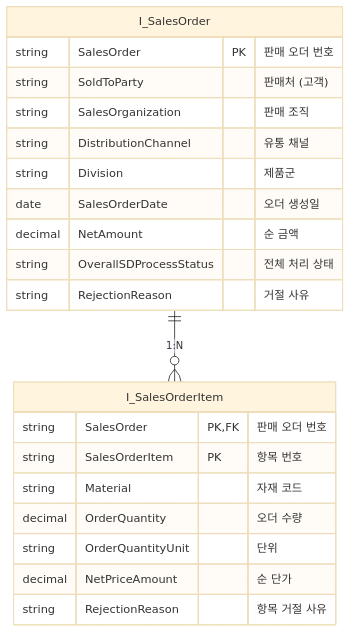
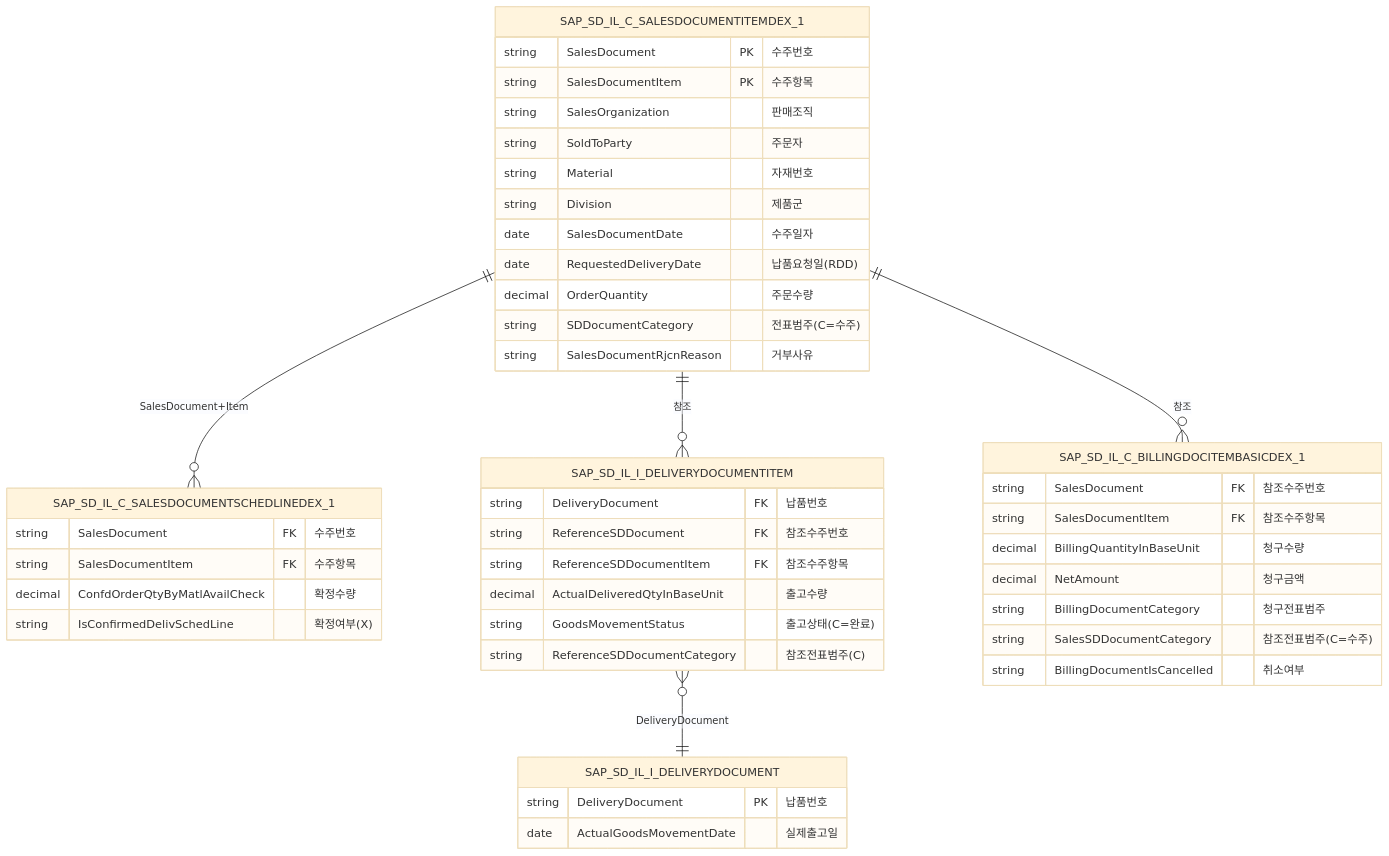
The second of 4 diagrams in labs/lab4b-cdsv-fact-view-am.md (youngseols925/sap-datasphere-bdc-workshop), drawn with Mermaid (base theme) before and after one commit. The commit also changed other lines of this file and 2 other files, not shown here.

First line of the commit message:
docs: CSN 기반 objects-reference/lab4a/lab4b 전면 보강

````diff
--- a/labs/lab4b-cdsv-fact-view-am.md
+++ b/labs/lab4b-cdsv-fact-view-am.md
@@ -55,24 +57,48 @@
 ```mermaid
 erDiagram
-    I_SalesOrder ||--o{ I_SalesOrderItem : "1:N"
-    I_SalesOrder {
-        string SalesOrder PK "판매 오더 번호"
-        string SoldToParty "판매처 (고객)"
-        string SalesOrganization "판매 조직"
-        string DistributionChannel "유통 채널"
+    SAP_SD_IL_C_SALESDOCUMENTITEMDEX_1 ||--o{ SAP_SD_IL_C_SALESDOCUMENTSCHEDLINEDEX_1 : "SalesDocument+Item"
+    SAP_SD_IL_C_SALESDOCUMENTITEMDEX_1 ||--o{ SAP_SD_IL_I_DELIVERYDOCUMENTITEM : "참조"
+    SAP_SD_IL_I_DELIVERYDOCUMENTITEM }o--|| SAP_SD_IL_I_DELIVERYDOCUMENT : "DeliveryDocument"
+    SAP_SD_IL_C_SALESDOCUMENTITEMDEX_1 ||--o{ SAP_SD_IL_C_BILLINGDOCITEMBASICDEX_1 : "참조"
+
+    SAP_SD_IL_C_SALESDOCUMENTITEMDEX_1 {
+        string SalesDocument PK "수주번호"
+        string SalesDocumentItem PK "수주항목"
+        string SalesOrganization "판매조직"
+        string SoldToParty "주문자"
+        string Material "자재번호"
         string Division "제품군"
-        date SalesOrderDate "오더 생성일"
-        decimal NetAmount "순 금액"
-        string OverallSDProcessStatus "전체 처리 상태"
-        string RejectionReason "거절 사유"
+        date SalesDocumentDate "수주일자"
+        date RequestedDeliveryDate "납품요청일(RDD)"
+        decimal OrderQuantity "주문수량"
+        string SDDocumentCategory "전표범주(C=수주)"
+        string SalesDocumentRjcnReason "거부사유"
     }
-    I_SalesOrderItem {
-        string SalesOrder PK,FK "판매 오더 번호"
-        string SalesOrderItem PK "항목 번호"
-        string Material "자재 코드"
-        decimal OrderQuantity "오더 수량"
-        string OrderQuantityUnit "단위"
-        decimal NetPriceAmount "순 단가"
-        string RejectionReason "항목 거절 사유"
+    SAP_SD_IL_C_SALESDOCUMENTSCHEDLINEDEX_1 {
+        string SalesDocument FK "수주번호"
+        string SalesDocumentItem FK "수주항목"
+        decimal ConfdOrderQtyByMatlAvailCheck "확정수량"
+        string IsConfirmedDelivSchedLine "확정여부(X)"
+    }
+    SAP_SD_IL_I_DELIVERYDOCUMENTITEM {
+        string DeliveryDocument FK "납품번호"
+        string ReferenceSDDocument FK "참조수주번호"
+        string ReferenceSDDocumentItem FK "참조수주항목"
+        decimal ActualDeliveredQtyInBaseUnit "출고수량"
+        string GoodsMovementStatus "출고상태(C=완료)"
+        string ReferenceSDDocumentCategory "참조전표범주(C)"
+    }
+    SAP_SD_IL_I_DELIVERYDOCUMENT {
+        string DeliveryDocument PK "납품번호"
+        date ActualGoodsMovementDate "실제출고일"
+    }
+    SAP_SD_IL_C_BILLINGDOCITEMBASICDEX_1 {
+        string SalesDocument FK "참조수주번호"
+        string SalesDocumentItem FK "참조수주항목"
+        decimal BillingQuantityInBaseUnit "청구수량"
+        decimal NetAmount "청구금액"
+        string BillingDocumentCategory "청구전표범주"
+        string SalesSDDocumentCategory "참조전표범주(C=수주)"
+        string BillingDocumentIsCancelled "취소여부"
     }
 ```
````
